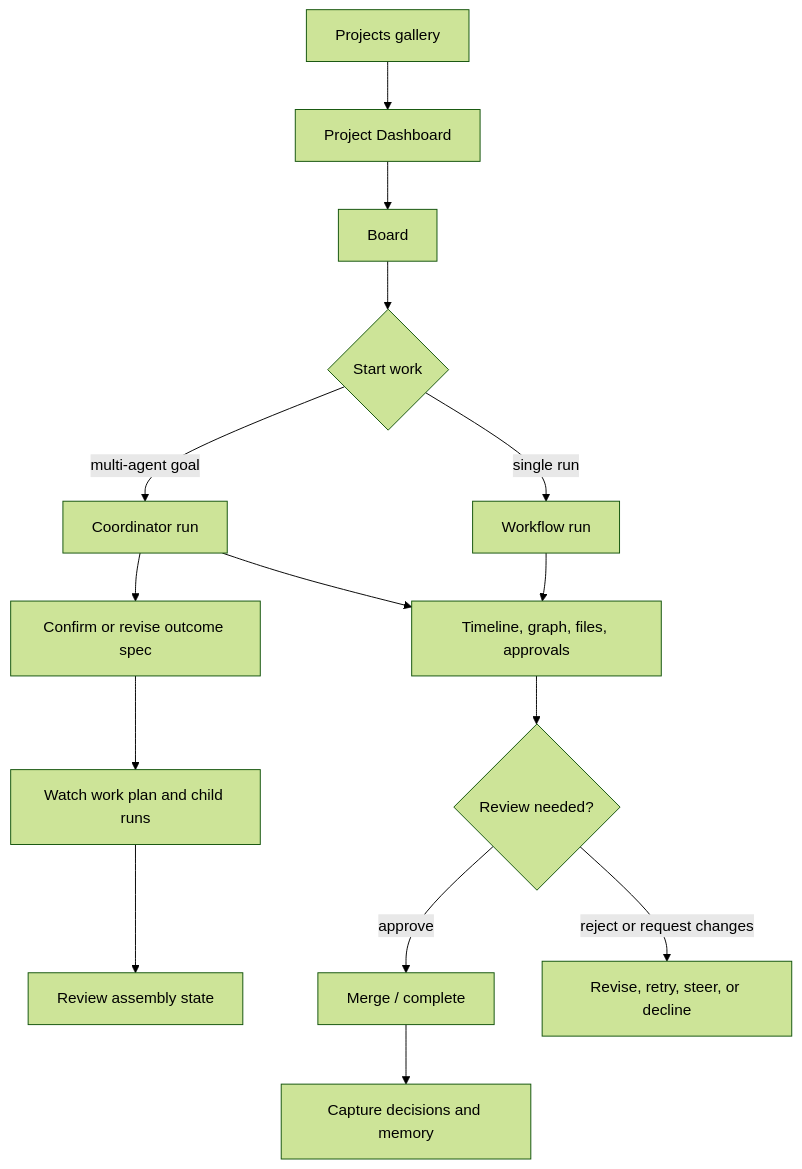
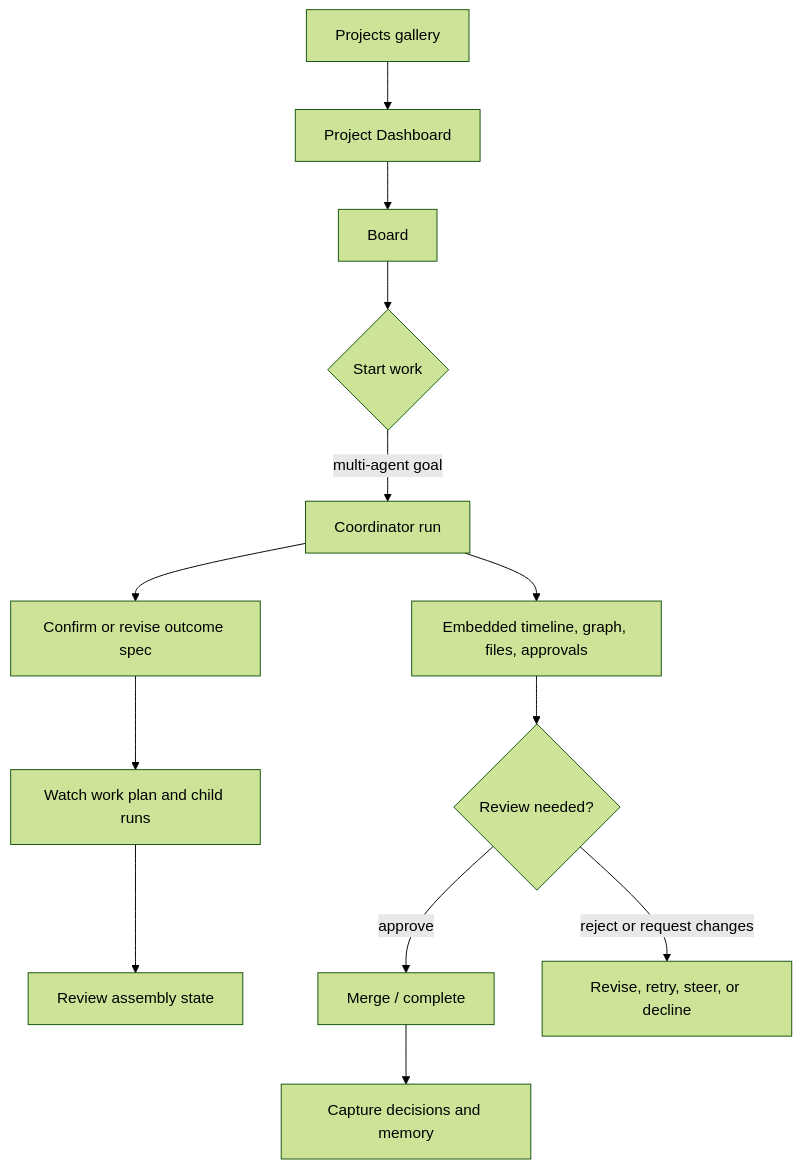
Before and after one commit to sabbour/agentweaver: the second of 3 diagrams in docs/experience/00-overview.md, drawn with Mermaid (forest theme). The commit also changed other lines of this file and 177 other files, not shown here.

````diff
--- a/docs/experience/00-overview.md
+++ b/docs/experience/00-overview.md
@@ -148,17 +146,15 @@
 ```mermaid
 flowchart TD
     Projects[Projects gallery] --> Project[Project Dashboard]
     Project --> Board[Board]
     Board --> Start{Start work}
-    Start -->|single run| Run[Workflow run]
     Start -->|multi-agent goal| Coord[Coordinator run]
     Coord --> Spec[Confirm or revise outcome spec]
     Spec --> Plan[Watch work plan and child runs]
     Plan --> Assembly[Review assembly state]
-    Run --> Watch[Timeline, graph, files, approvals]
-    Coord --> Watch
+    Coord --> Watch[Embedded timeline, graph, files, approvals]
     Watch --> Review{Review needed?}
     Review -->|approve| Merge[Merge / complete]
     Review -->|reject or request changes| Revise[Revise, retry, steer, or decline]
     Merge --> Memory[Capture decisions and memory]
 ```
````
